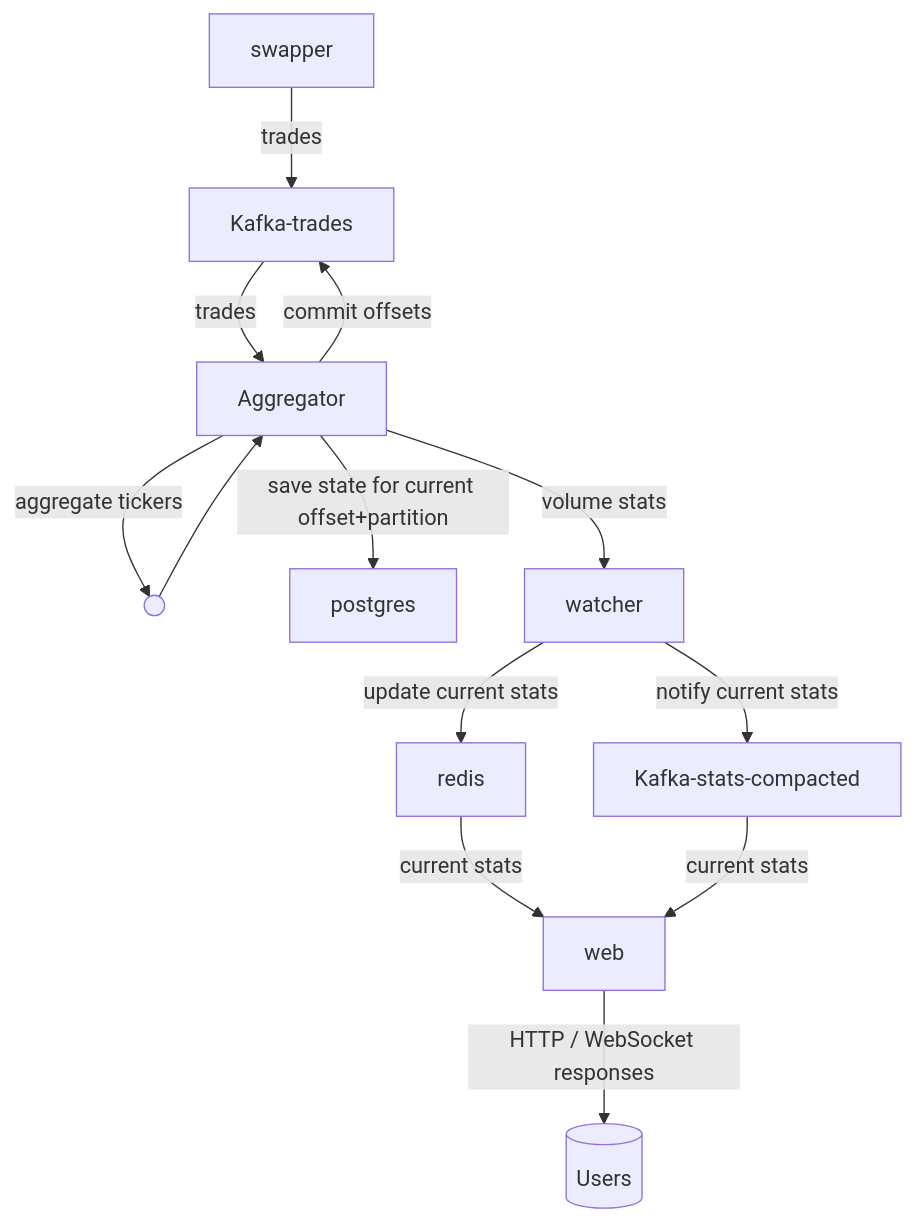
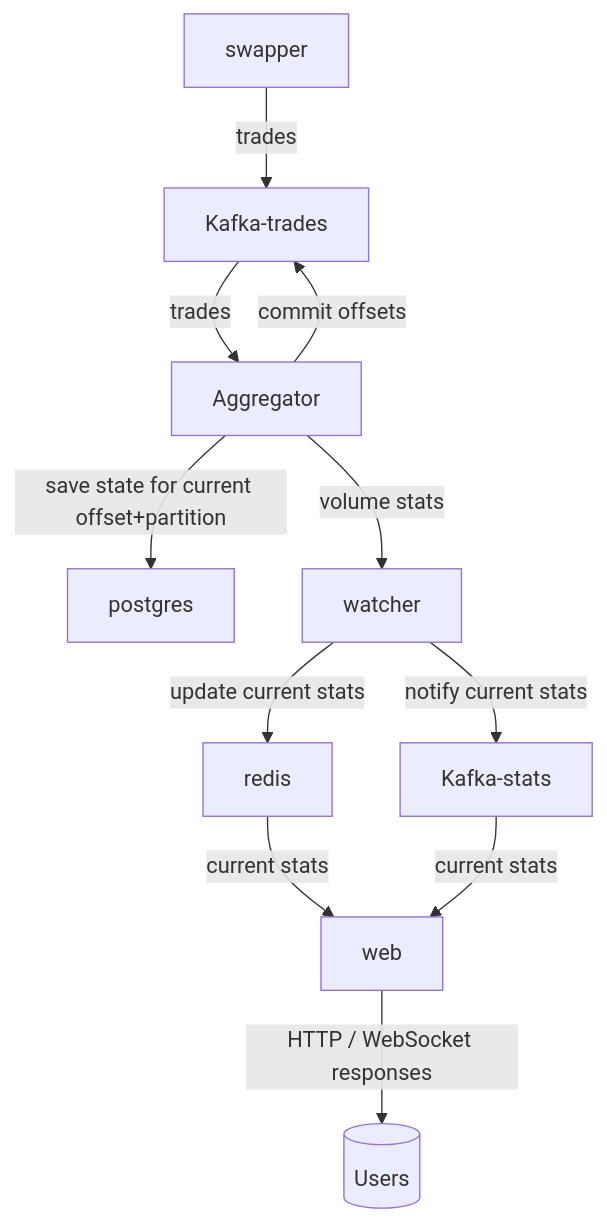
One commit to zamyatin-zkex/volumer changed the diagram in README.md. Above: the diagram before and after it, drawn with Mermaid. The commit also changed other lines of this file, not shown here.

Commit message:
rm arrows

````diff
--- a/README.md
+++ b/README.md
@@ -32,16 +32,13 @@
 ```mermaid
 flowchart TD
     S[swapper] -- "trades" --> K[Kafka-trades]
     K -- "trades" --> Ag[Aggregator]
-    X(( )):::hidden
-    Ag -- "aggregate tickers" --> X
-    X --> Ag
     Ag -- "save state for current offset+partition" --> Pg[postgres]
     Ag -- "commit offsets" --> K
     Ag -- "volume stats" --> Wt[watcher]
     Wt -- "update current stats" --> Re[redis]
-    Wt -- "notify current stats" --> Ks[Kafka-stats-compacted]
+    Wt -- "notify current stats" --> Ks[Kafka-stats]
     Re -- "current stats" --> W[web]
     Ks -- "current stats" --> W[web]
     W -- "HTTP / WebSocket responses" --> U[(Users)]
 ```
````
